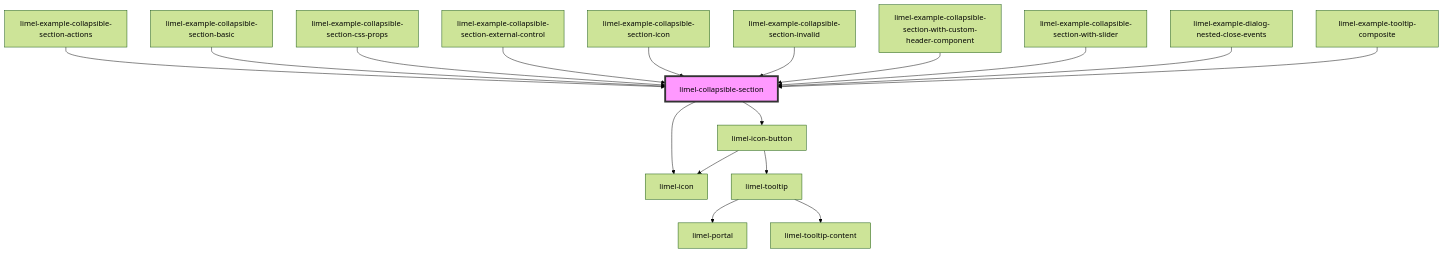
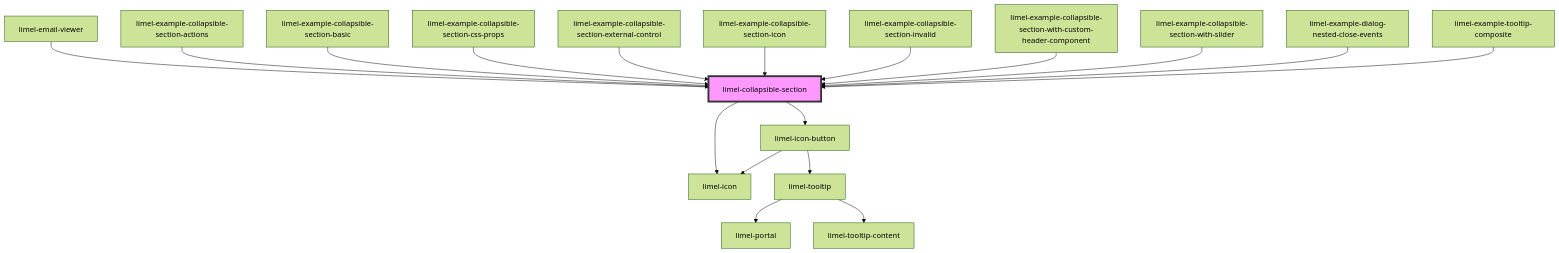
Before and after one commit to Lundalogik/lime-elements: the diagram in versions/PR-3783/markdown-docs/components/collapsible-section/readme.md, drawn with Mermaid (forest theme). The commit also changed other lines of this file and 62 other files, not shown here.

````diff
--- a/versions/PR-3783/markdown-docs/components/collapsible-section/readme.md
+++ b/versions/PR-3783/markdown-docs/components/collapsible-section/readme.md
@@ -68,20 +69,21 @@
 ```mermaid
 graph TD;
   limel-collapsible-section --> limel-icon
   limel-collapsible-section --> limel-icon-button
   limel-icon-button --> limel-icon
   limel-icon-button --> limel-tooltip
   limel-tooltip --> limel-portal
   limel-tooltip --> limel-tooltip-content
+  limel-email-viewer --> limel-collapsible-section
   limel-example-collapsible-section-actions --> limel-collapsible-section
   limel-example-collapsible-section-basic --> limel-collapsible-section
   limel-example-collapsible-section-css-props --> limel-collapsible-section
   limel-example-collapsible-section-external-control --> limel-collapsible-section
   limel-example-collapsible-section-icon --> limel-collapsible-section
   limel-example-collapsible-section-invalid --> limel-collapsible-section
   limel-example-collapsible-section-with-custom-header-component --> limel-collapsible-section
   limel-example-collapsible-section-with-slider --> limel-collapsible-section
   limel-example-dialog-nested-close-events --> limel-collapsible-section
   limel-example-tooltip-composite --> limel-collapsible-section
   style limel-collapsible-section fill:#f9f,stroke:#333,stroke-width:4px
 ```
````
